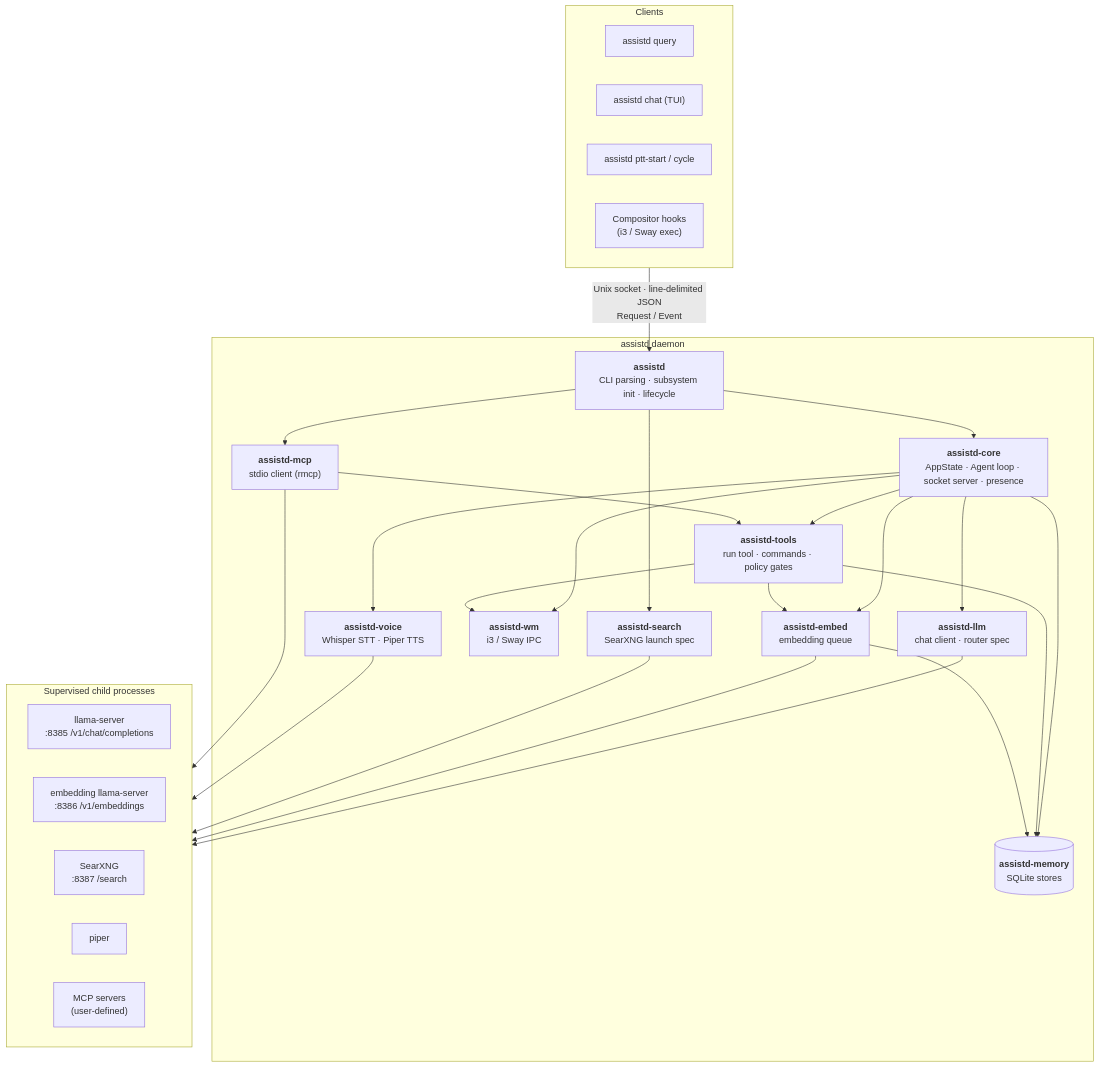
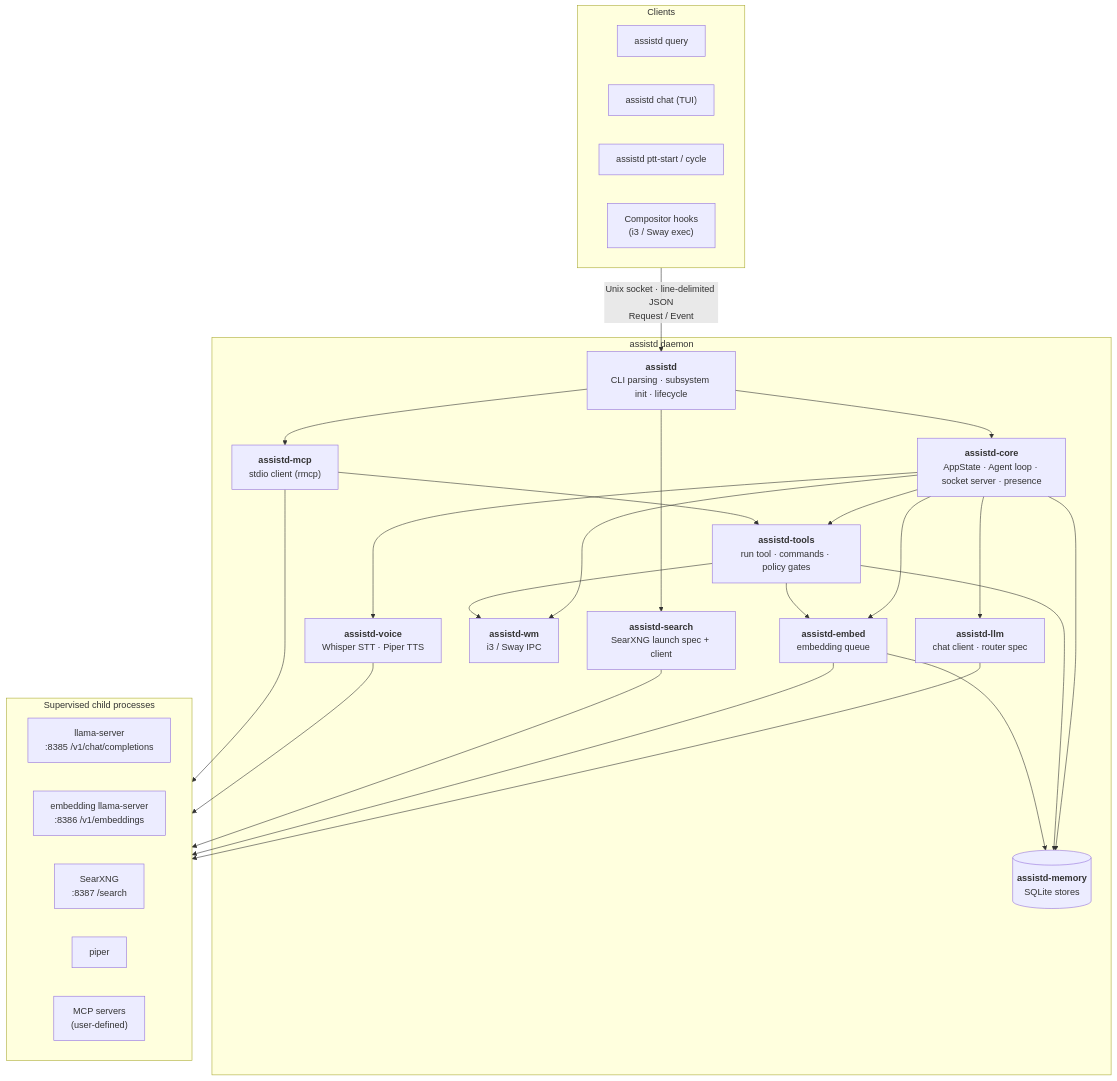
The diagram in docs/architecture.md (gnolruf/assistd), drawn with Mermaid before and after one commit. The commit also changed other lines of this file and 10 other files, not shown here.

First line of the commit message:
Add a typed SearXNG JSON client (#496)

````diff
--- a/docs/architecture.md
+++ b/docs/architecture.md
@@ -10,47 +10,47 @@
 ```mermaid
 flowchart TB
     subgraph clients["Clients"]
         direction LR
         query["assistd query"]
         chat["assistd chat (TUI)"]
         ptt["assistd ptt-start / cycle"]
         hooks["Compositor hooks<br/>(i3 / Sway exec)"]
     end
 
     subgraph daemon["assistd daemon"]
         bin["<b>assistd</b><br/>CLI parsing · subsystem init · lifecycle"]
         core["<b>assistd-core</b><br/>AppState · Agent loop · socket server · presence"]
         llm["<b>assistd-llm</b><br/>chat client · router spec"]
         tools["<b>assistd-tools</b><br/>run tool · commands · policy gates"]
         voice["<b>assistd-voice</b><br/>Whisper STT · Piper TTS"]
         wm["<b>assistd-wm</b><br/>i3 / Sway IPC"]
         mcp["<b>assistd-mcp</b><br/>stdio client (rmcp)"]
         memory[("<b>assistd-memory</b><br/>SQLite stores")]
         embed["<b>assistd-embed</b><br/>embedding queue"]
-        search["<b>assistd-search</b><br/>SearXNG launch spec"]
+        search["<b>assistd-search</b><br/>SearXNG launch spec + client"]
     end
 
     subgraph external["Supervised child processes"]
         direction LR
         llama["llama-server<br/>:8385 /v1/chat/completions"]
         embedsrv["embedding llama-server<br/>:8386 /v1/embeddings"]
         searxng["SearXNG<br/>:8387 /search"]
         piper["piper"]
         mcpsrv["MCP servers<br/>(user-defined)"]
     end
 
     clients -- "Unix socket · line-delimited JSON<br/>Request / Event" --> bin
     bin --> core
     bin --> mcp & search
     core --> llm & tools & voice & wm & memory & embed
     tools --> memory & wm
     mcp --> tools
     embed --> memory
     tools --> embed
 
     llm --> llama
     embed --> embedsrv
     search --> searxng
     voice --> piper
     mcp --> mcpsrv
 ```
````
